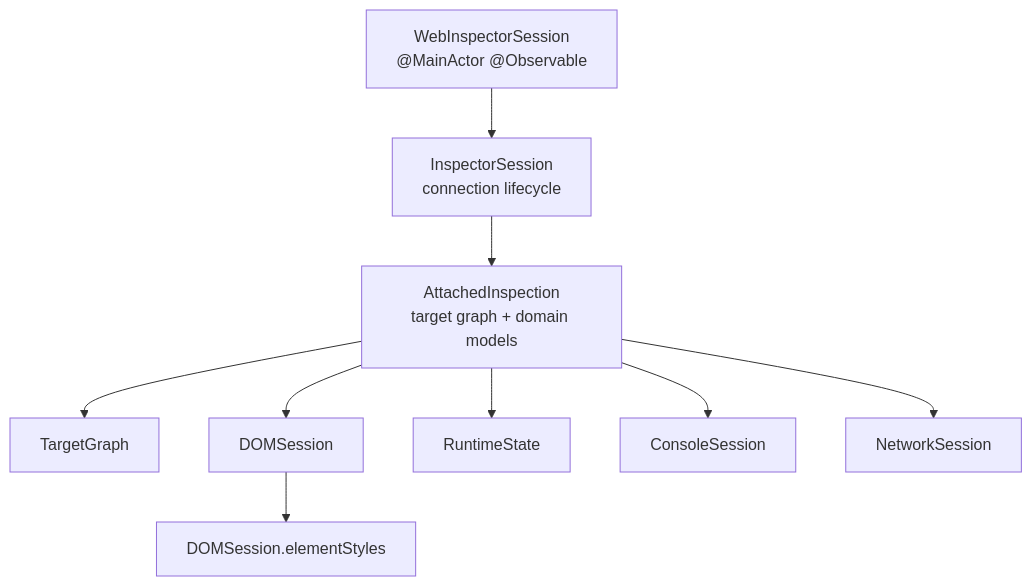
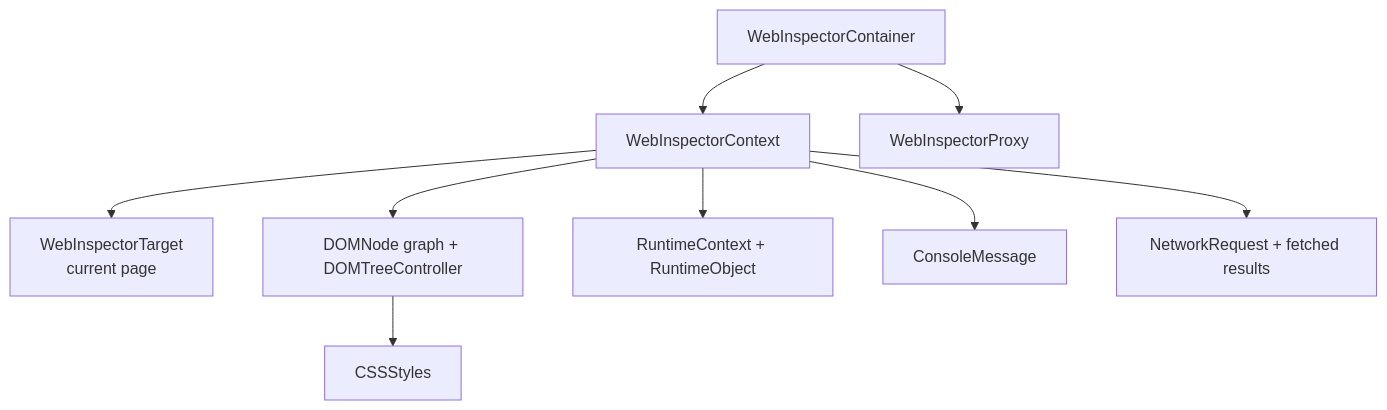
One commit to lynnswap/WebInspectorKit changed the third of 3 diagrams in Docs/ArchitectureOverview.md. Above: the diagram before and after it, drawn with Mermaid. The commit also changed other lines of this file and 11 other files, not shown here.

````diff
--- a/Docs/ArchitectureOverview.md
+++ b/Docs/ArchitectureOverview.md
@@ -103,21 +105,21 @@
 ```mermaid
 flowchart TD
-    Session["WebInspectorSession<br/>@MainActor @Observable"]
-    CoreSession["InspectorSession<br/>connection lifecycle"]
-    Attachment["AttachedInspection<br/>target graph + domain models"]
-    Target["TargetGraph"]
-    DOM["DOMSession"]
-    Styles["DOMSession.elementStyles"]
-    Runtime["RuntimeState"]
-    Console["ConsoleSession"]
-    Network["NetworkSession"]
+    Container["WebInspectorContainer"]
+    Context["WebInspectorContext"]
+    Proxy["WebInspectorProxy"]
+    Page["WebInspectorTarget<br/>current page"]
+    DOM["DOMNode graph + DOMTreeController"]
+    CSS["CSSStyles"]
+    Runtime["RuntimeContext + RuntimeObject"]
+    Console["ConsoleMessage"]
+    Network["NetworkRequest + fetched results"]
 
-    Session --> CoreSession
-    CoreSession --> Attachment
-    Attachment --> Target
-    Attachment --> DOM
-    DOM --> Styles
-    Attachment --> Runtime
-    Attachment --> Console
-    Attachment --> Network
+    Container --> Proxy
+    Container --> Context
+    Context --> Page
+    Context --> DOM
+    DOM --> CSS
+    Context --> Runtime
+    Context --> Console
+    Context --> Network
 ```
````
